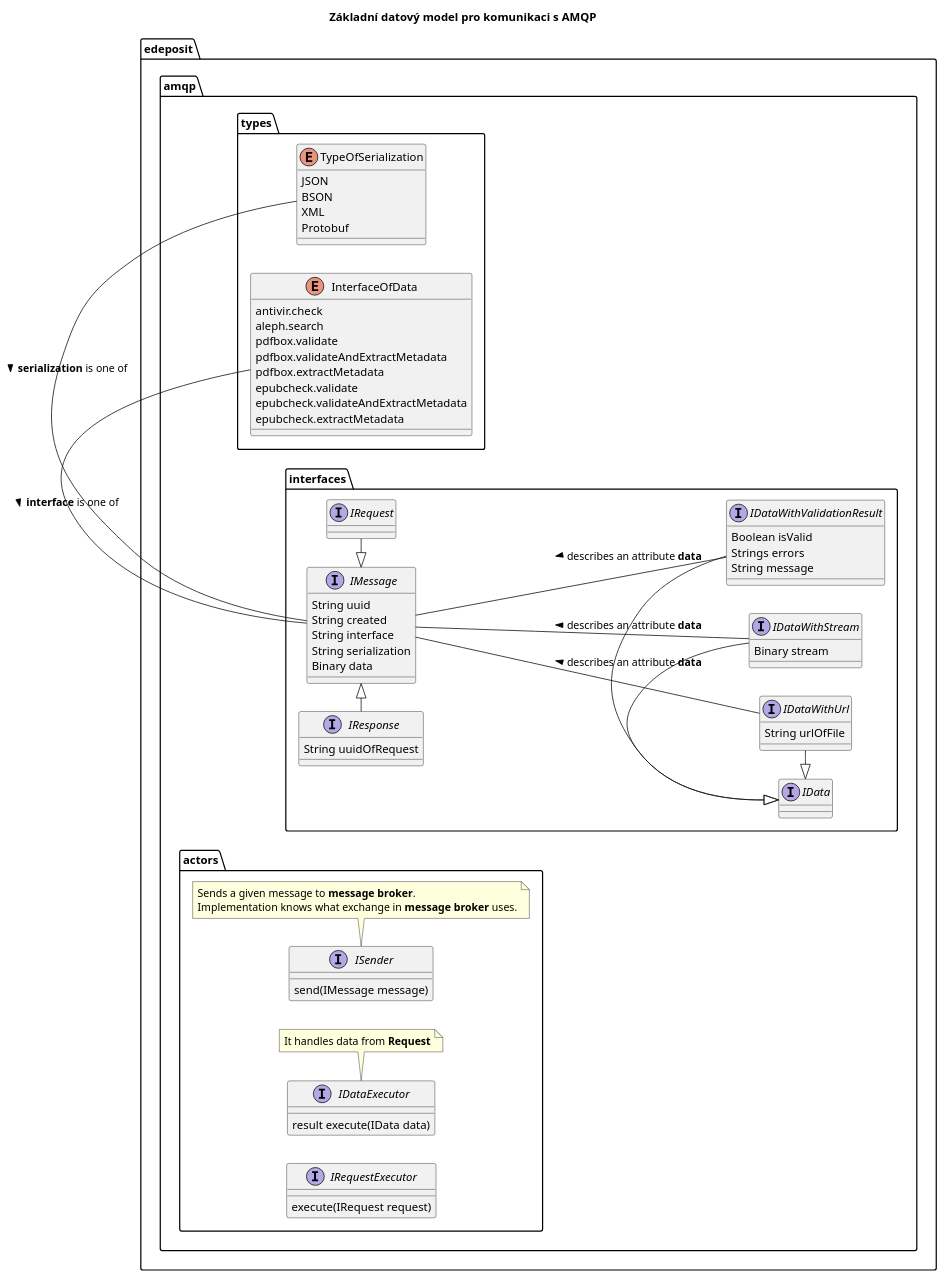
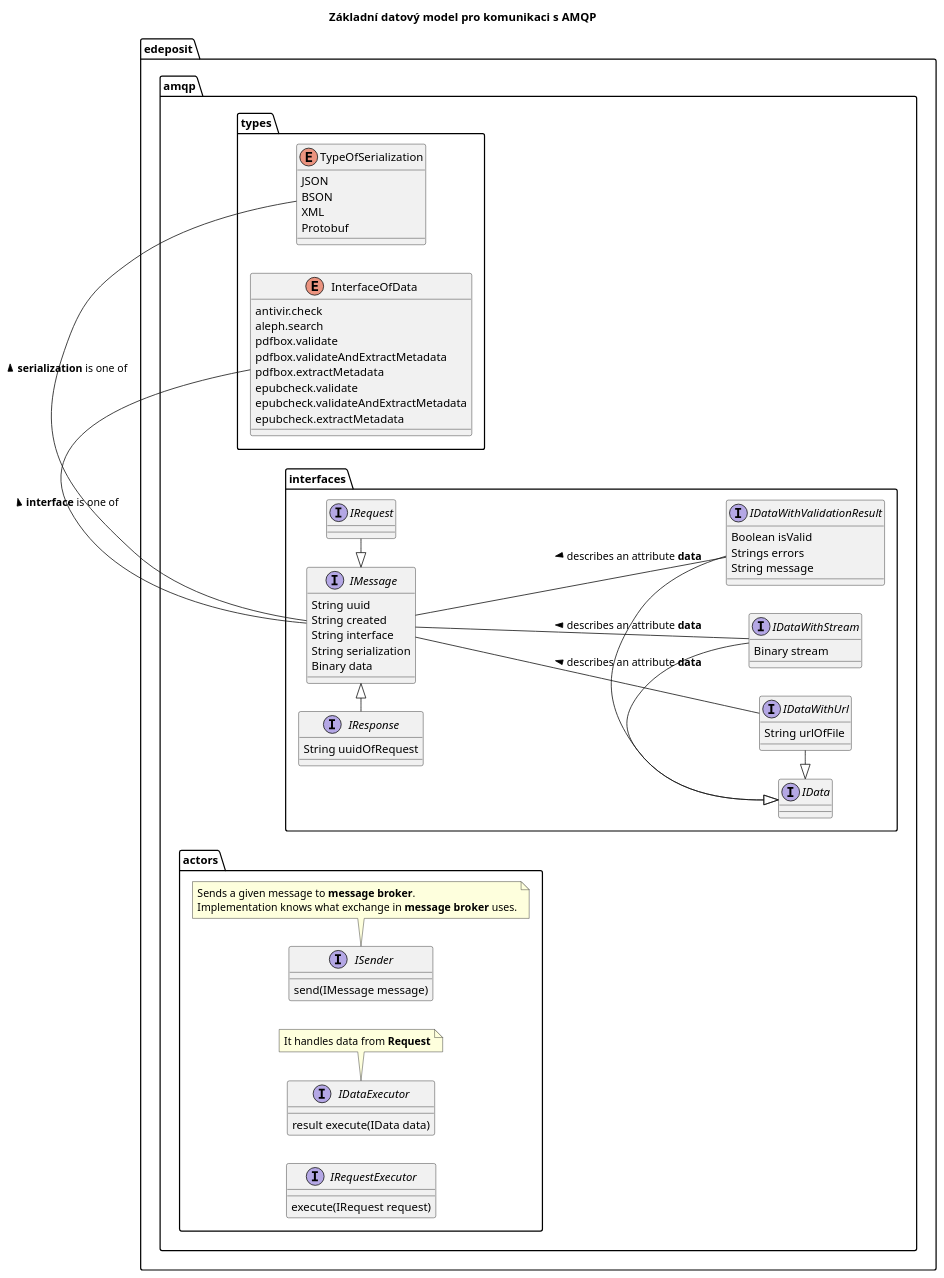
The diagram in docs/middleware/dm00.plantuml (edeposit/edeposit), drawn with PlantUML before and after one commit. The commit also changed 1 other file, not shown here.

```diff
--- a/docs/middleware/dm00.plantuml
+++ b/docs/middleware/dm00.plantuml
@@ -1,97 +1,97 @@
 @startuml
 skinparam componentStyle uml2
 left to right direction
 title Základní datový model pro komunikaci s AMQP
 
 package edeposit.amqp.types {
 enum TypeOfSerialization {
      JSON
      BSON
      XML
      Protobuf
 }
 
 enum InterfaceOfData {
      antivir.check
      aleph.search
      pdfbox.validate
      pdfbox.validateAndExtractMetadata
      pdfbox.extractMetadata
      epubcheck.validate
      epubcheck.validateAndExtractMetadata
      epubcheck.extractMetadata
 }
 }
 
 
 package edeposit.amqp.interfaces {
 interface IMessage {
       String uuid
       String created
       String interface
       String serialization
       Binary data
 }
 
 interface IRequest {
 }
 
 interface IResponse {
       String uuidOfRequest
 }
 
 IMessage <|-right- IRequest
 IMessage <|-left- IResponse
         
         interface IData {
         }       
 
         interface IDataWithUrl {
               String urlOfFile
         }
 
         interface IDataWithStream {
               Binary stream
         }
 
         interface IDataWithValidationResult {
                   Boolean isValid
                   Strings errors
                   String message
         }
 
         IData <|-right- IDataWithUrl
         IData <|-right- IDataWithStream
         IData <|-right- IDataWithValidationResult
 }
 
 
 IMessage -- IDataWithUrl : < describes an attribute <b>data</b>
 IMessage -- IDataWithStream : < describes an attribute <b>data</b>
-IMessage -left- TypeOfSerialization : < <b>serialization</b> is one of
-IMessage -left- InterfaceOfData : < <b>interface</b> is one of
+IMessage -left- TypeOfSerialization : <b>serialization</b> is one of >
+IMessage -left- InterfaceOfData : <b>interface</b> is one of >
 
 IMessage -- IDataWithValidationResult : < describes an attribute <b>data</b>
 
 package edeposit.amqp.actors {
         interface ISender {
                 send(IMessage message)                            
         }
         note bottom
         Sends a given message to <b>message broker</b>. 
         Implementation knows what exchange in <b>message broker</b> uses.
         end note
         
         interface IDataExecutor {
                   result execute(IData data)
         }
         note bottom
         It handles data from <b>Request</b>
         end note
 
         interface IRequestExecutor {
                   execute(IRequest request)                  
         }
 }
 
 @enduml
```
